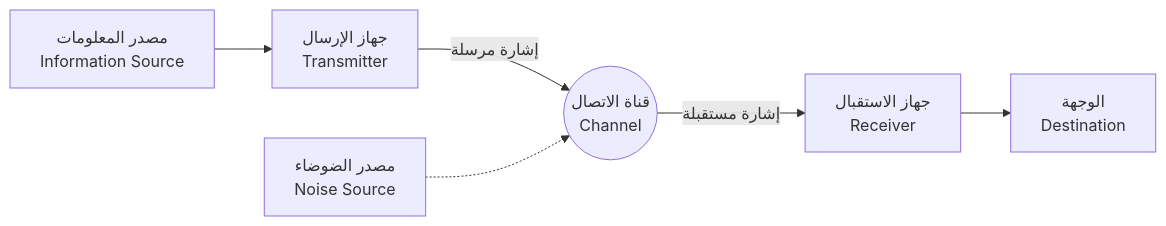
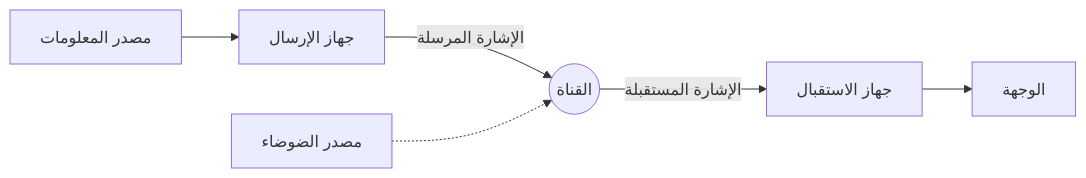
One commit to kenjinote/blog changed the diagram in content/post/information-theory-shannon-entropy/index.ar.md. Above: the diagram before and after it, drawn with Mermaid. The commit also changed other lines of this file and 10 other files, not shown here.

````diff
--- a/content/post/information-theory-shannon-entropy/index.ar.md
+++ b/content/post/information-theory-shannon-entropy/index.ar.md
@@ -29,8 +30,8 @@
 ```mermaid
 graph LR
-    A["مصدر المعلومات<br>Information Source"] --> B["جهاز الإرسال<br>Transmitter"]
-    B -->|"إشارة مرسلة"| C(("قناة الاتصال<br>Channel"))
-    C -->|"إشارة مستقبلة"| D["جهاز الاستقبال<br>Receiver"]
-    D --> E["الوجهة<br>Destination"]
-    N["مصدر الضوضاء<br>Noise Source"] -.-> C
+    A["مصدر المعلومات"] --> B["جهاز الإرسال"]
+    B -->|"الإشارة المرسلة"| C(("القناة"))
+    C -->|"الإشارة المستقبلة"| D["جهاز الاستقبال"]
+    D --> E["الوجهة"]
+    N["مصدر الضوضاء"] -.-> C
 ```
````
